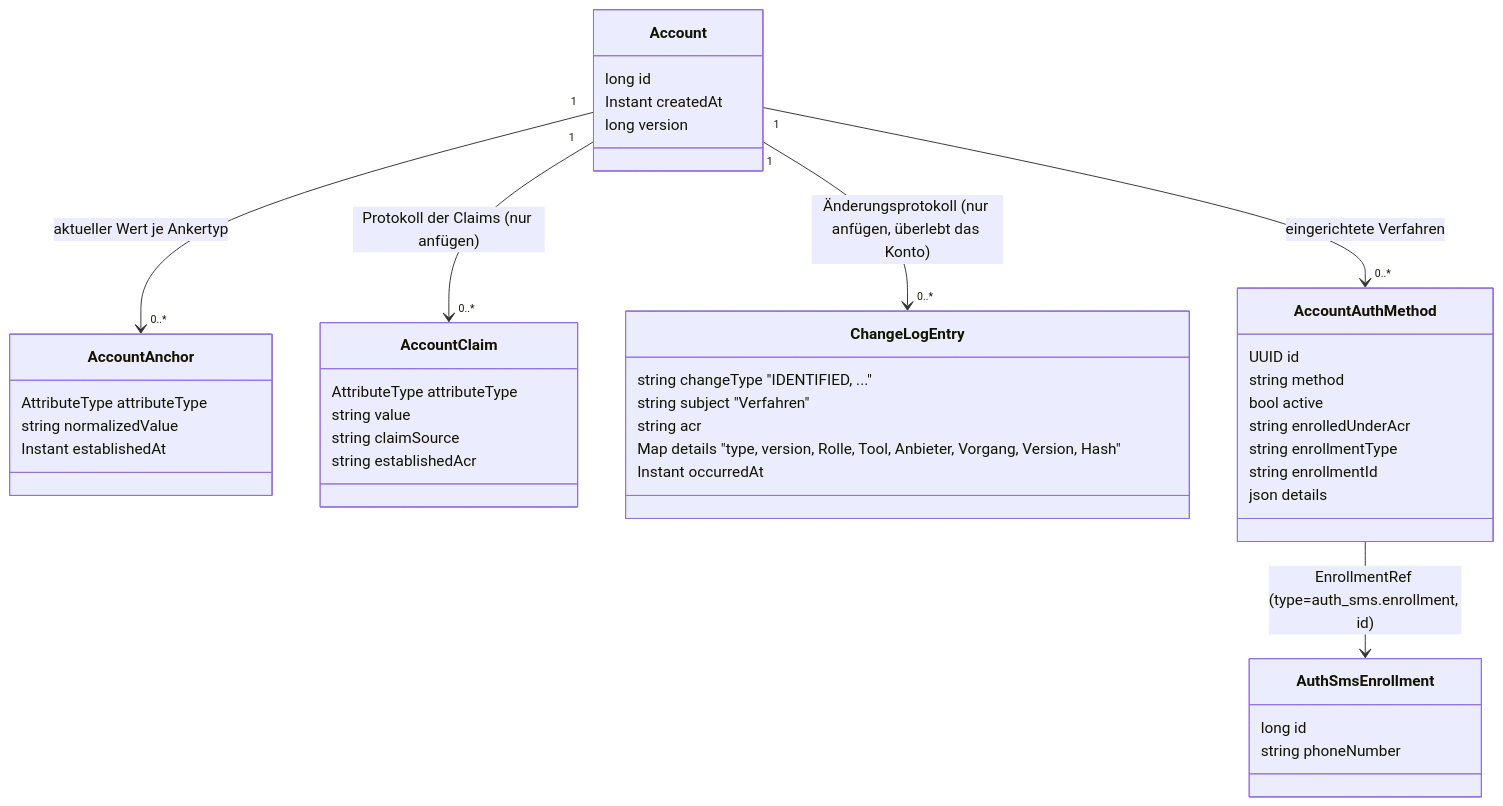
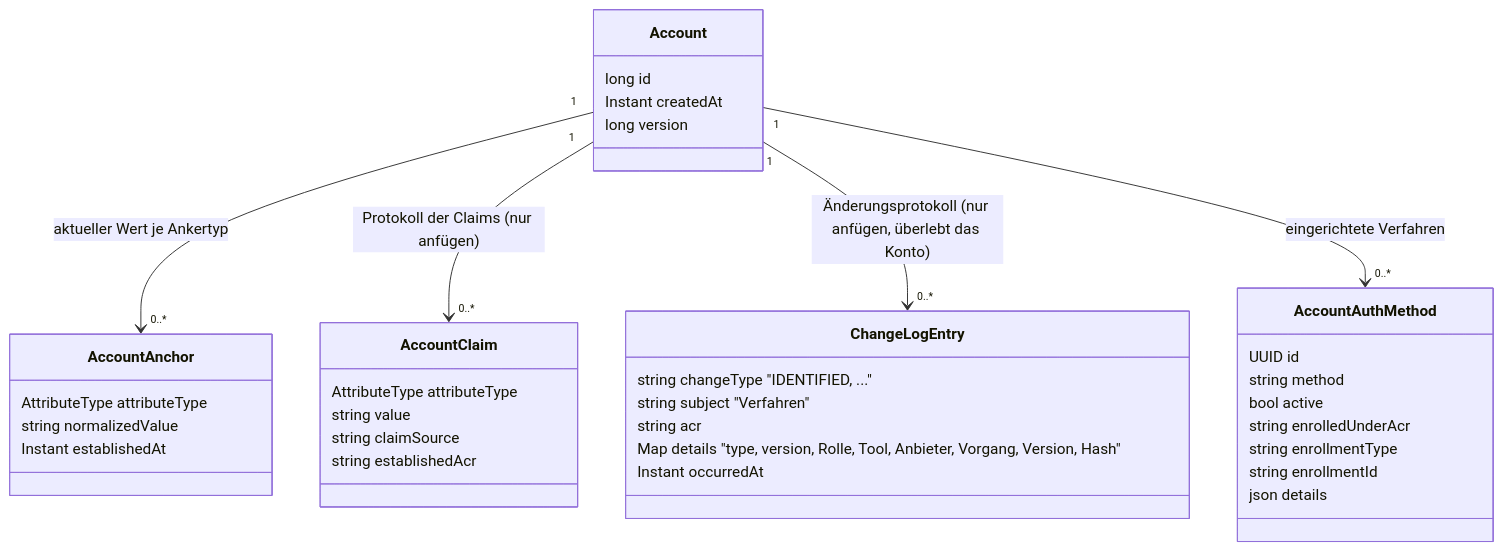
The diagram in docs/06-ablaeufe.md (rpreissel/identity-demo), drawn with Mermaid before and after one commit. The commit also changed other lines of this file and 273 other files, not shown here.

````diff
--- a/docs/06-ablaeufe.md
+++ b/docs/06-ablaeufe.md
@@ -23,45 +13,40 @@
 ```mermaid
 classDiagram
   class Account {
     long id
     Instant createdAt
     long version
   }
   class AccountAnchor {
     AttributeType attributeType
     string normalizedValue
     Instant establishedAt
   }
   class AccountClaim {
     AttributeType attributeType
     string value
     string claimSource
     string establishedAcr
   }
   class ChangeLogEntry {
     string changeType "IDENTIFIED, ..."
     string subject "Verfahren"
     string acr
     Map details "type, version, Rolle, Tool, Anbieter, Vorgang, Version, Hash"
     Instant occurredAt
   }
   class AccountAuthMethod {
     UUID id
     string method
     bool active
     string enrolledUnderAcr
     string enrollmentType
     string enrollmentId
     json details
   }
-  class AuthSmsEnrollment {
-    long id
-    string phoneNumber
-  }
 
   Account "1" --> "0..*" AccountAnchor : aktueller Wert je Ankertyp
   Account "1" --> "0..*" AccountClaim : Protokoll der Claims (nur anfügen)
   Account "1" --> "0..*" ChangeLogEntry : Änderungsprotokoll (nur anfügen, überlebt das Konto)
   Account "1" --> "0..*" AccountAuthMethod : eingerichtete Verfahren
-  AccountAuthMethod --> AuthSmsEnrollment : EnrollmentRef (type=auth_sms.enrollment, id)
 ```
````
